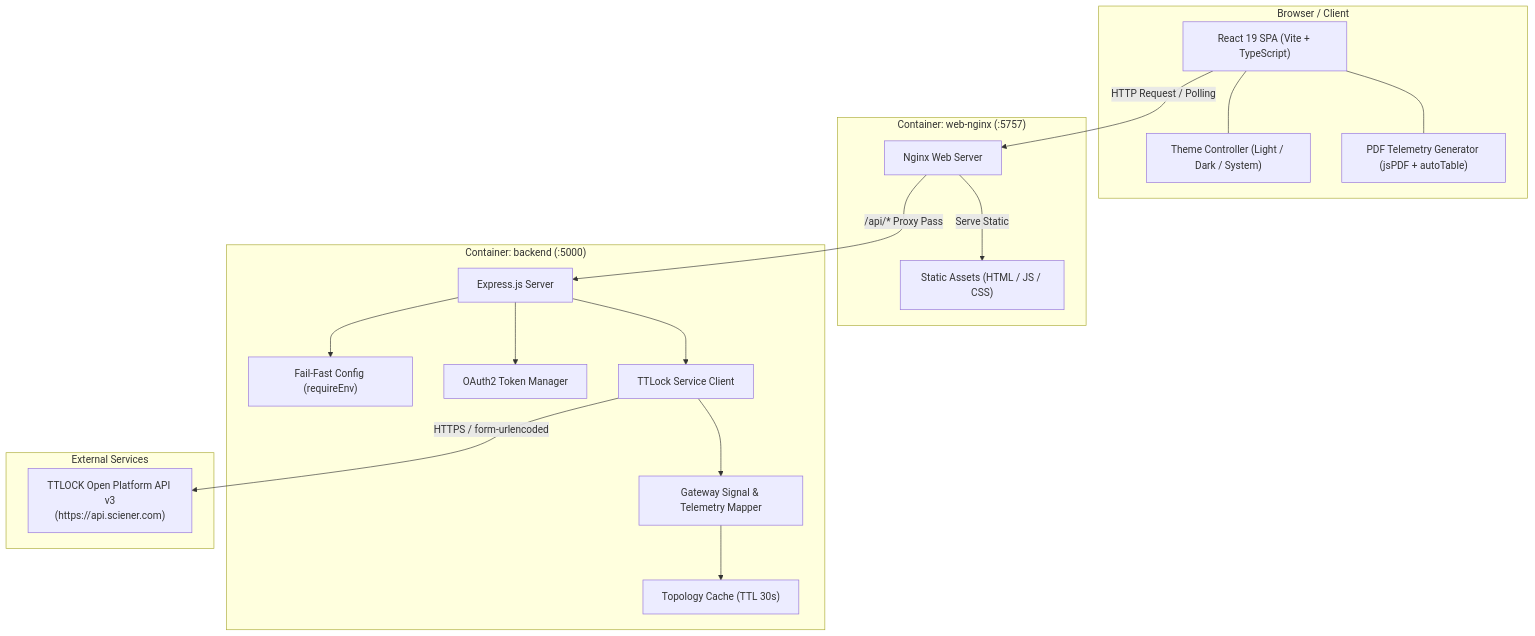
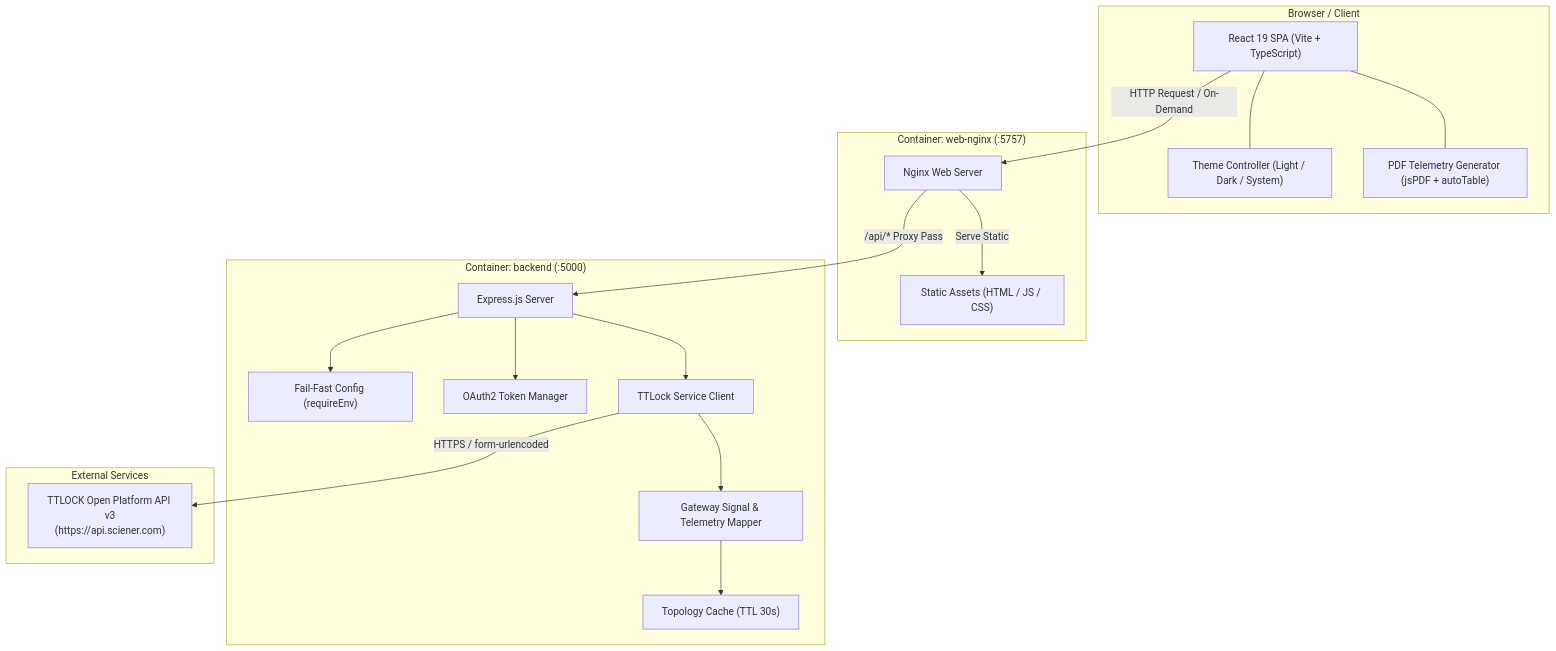
The first of 11 diagrams in docs/ARCHITECTURE.md (helmipradita/ttlock-dashboard), drawn with Mermaid before and after one commit. The commit also changed other lines of this file and 42 other files, not shown here.

````diff
--- a/docs/ARCHITECTURE.md
+++ b/docs/ARCHITECTURE.md
@@ -11,39 +11,39 @@
 ```mermaid
 graph TB
     subgraph Client["Browser / Client"]
         SPA["React 19 SPA (Vite + TypeScript)"]
         ThemeCtrl["Theme Controller (Light / Dark / System)"]
         PdfGen["PDF Telemetry Generator (jsPDF + autoTable)"]
         SPA --- ThemeCtrl
         SPA --- PdfGen
     end
 
     subgraph ContainerProxy["Container: web-nginx (:5757)"]
         NginxProxy["Nginx Web Server"]
         StaticDist["Static Assets (HTML / JS / CSS)"]
         NginxProxy -->|"Serve Static"| StaticDist
     end
 
     subgraph ContainerBackend["Container: backend (:5000)"]
         ExpressApp["Express.js Server"]
         ConfigFailFast["Fail-Fast Config (requireEnv)"]
         AuthService["OAuth2 Token Manager"]
         LockService["TTLock Service Client"]
         SignalMapper["Gateway Signal & Telemetry Mapper"]
         TopoCache["Topology Cache (TTL 30s)"]
 
         ExpressApp --> ConfigFailFast
         ExpressApp --> AuthService
         ExpressApp --> LockService
         LockService --> SignalMapper
         SignalMapper --> TopoCache
     end
 
     subgraph External["External Services"]
         TTLockCloud["TTLOCK Open Platform API v3<br/>(https://api.sciener.com)"]
     end
 
-    SPA -->|"HTTP Request / Polling"| NginxProxy
+    SPA -->|"HTTP Request / On-Demand"| NginxProxy
     NginxProxy -->|"/api/* Proxy Pass"| ExpressApp
     LockService -->|"HTTPS / form-urlencoded"| TTLockCloud
 ```
````
